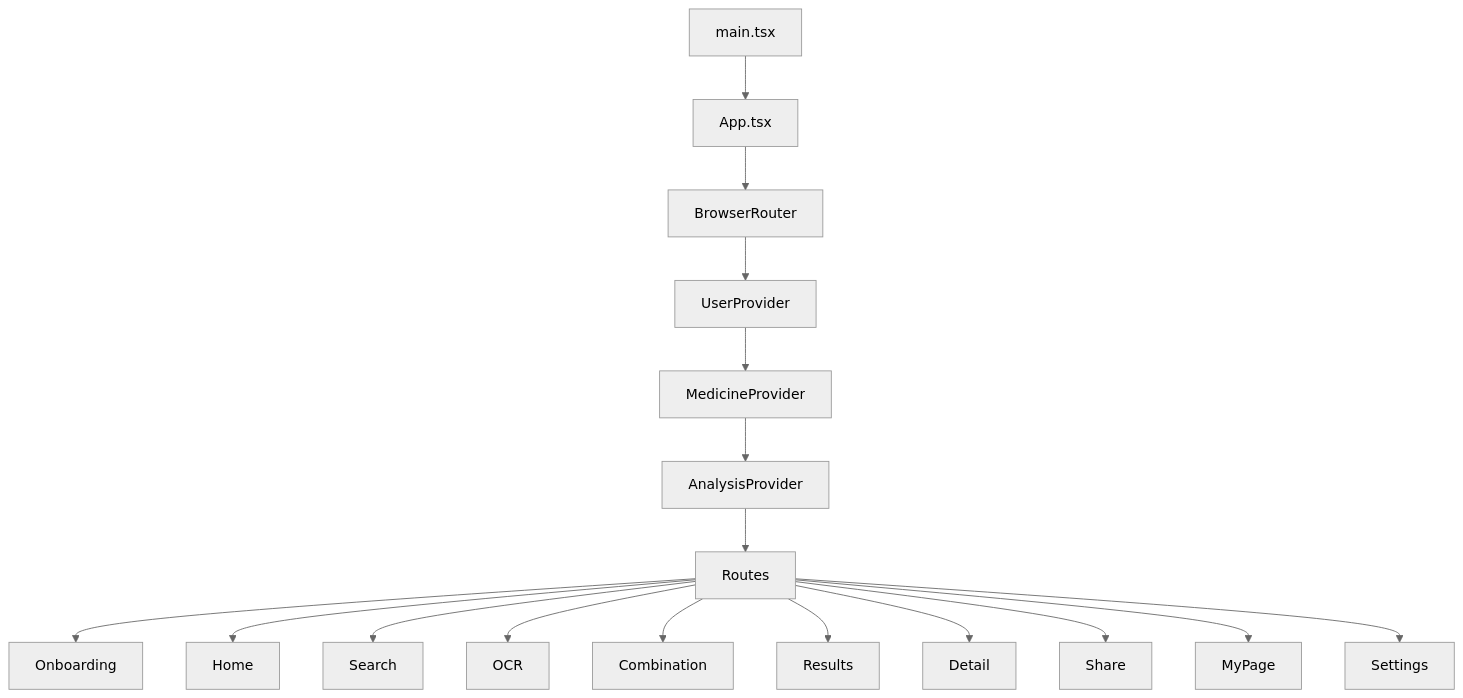
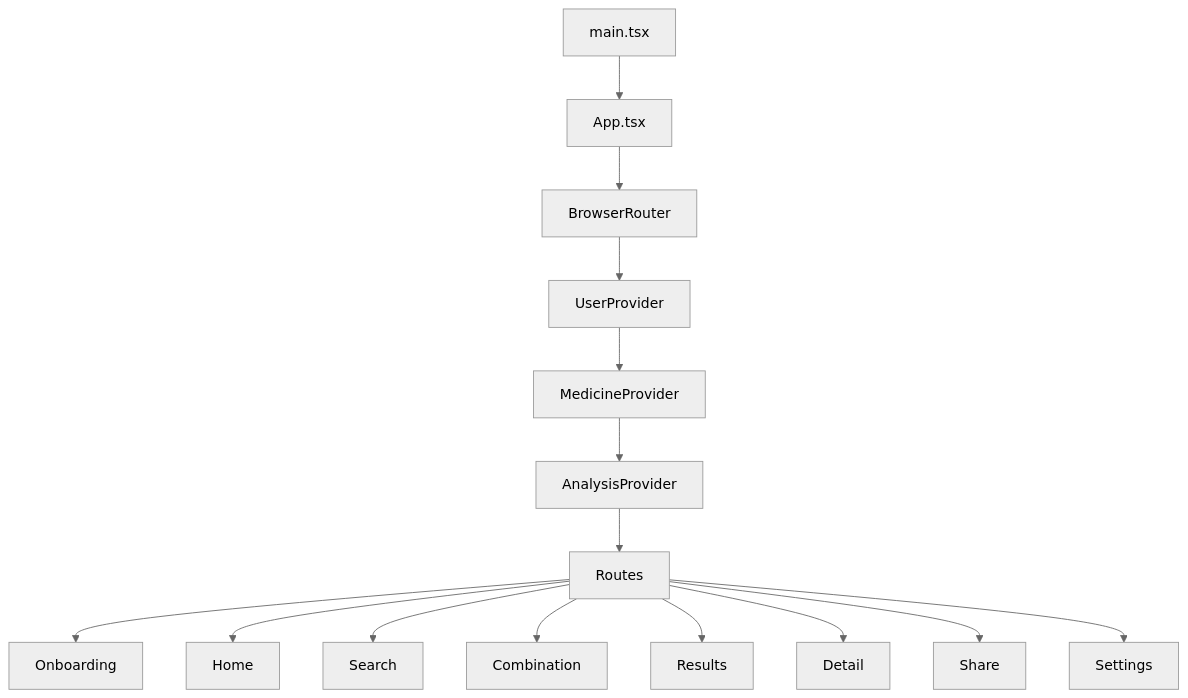
Before and after one commit to GDSC-DGU/2026-SDGs-Project-Yakjosim-FE: the first of 3 diagrams in docs/ux-ui/00-project-overview.md, drawn with Mermaid (neutral theme). The commit also changed other lines of this file and 7 other files, not shown here.

````diff
--- a/docs/ux-ui/00-project-overview.md
+++ b/docs/ux-ui/00-project-overview.md
@@ -83,19 +84,17 @@
 ```mermaid
 flowchart TD
     A[main.tsx] --> B[App.tsx]
     B --> C[BrowserRouter]
     C --> D[UserProvider]
     D --> E[MedicineProvider]
     E --> F[AnalysisProvider]
     F --> G[Routes]
     G --> H[Onboarding]
     G --> I[Home]
     G --> J[Search]
-    G --> K[OCR]
-    G --> L[Combination]
-    G --> M[Results]
-    G --> N[Detail]
-    G --> O[Share]
-    G --> P[MyPage]
-    G --> Q[Settings]
+    G --> K[Combination]
+    G --> L[Results]
+    G --> M[Detail]
+    G --> N[Share]
+    G --> O[Settings]
 ```
````
